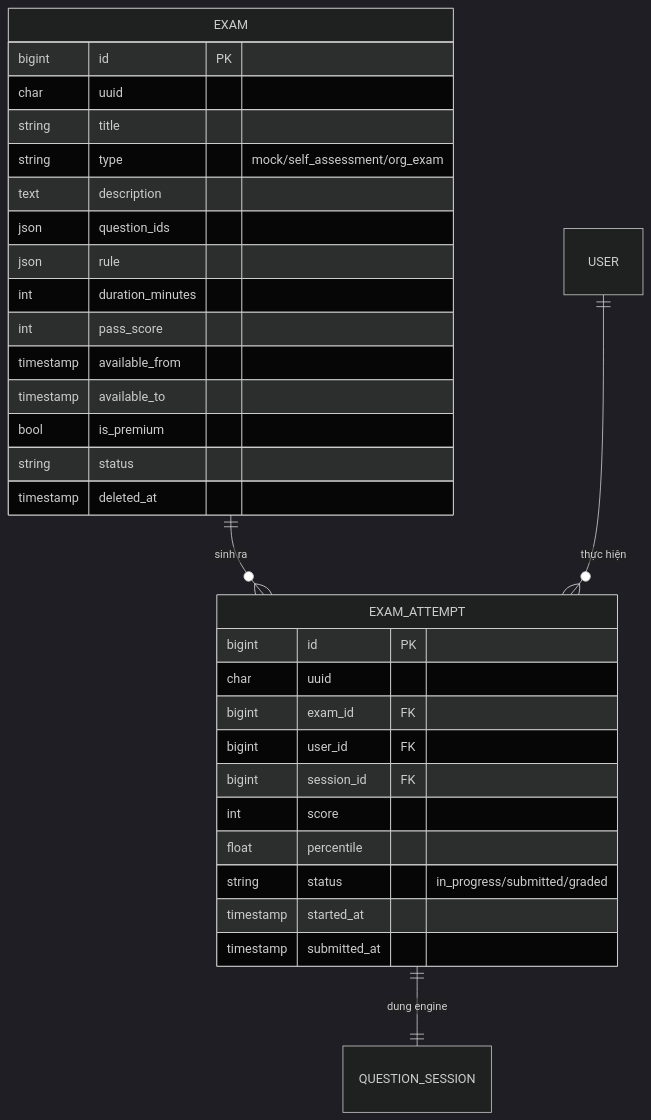
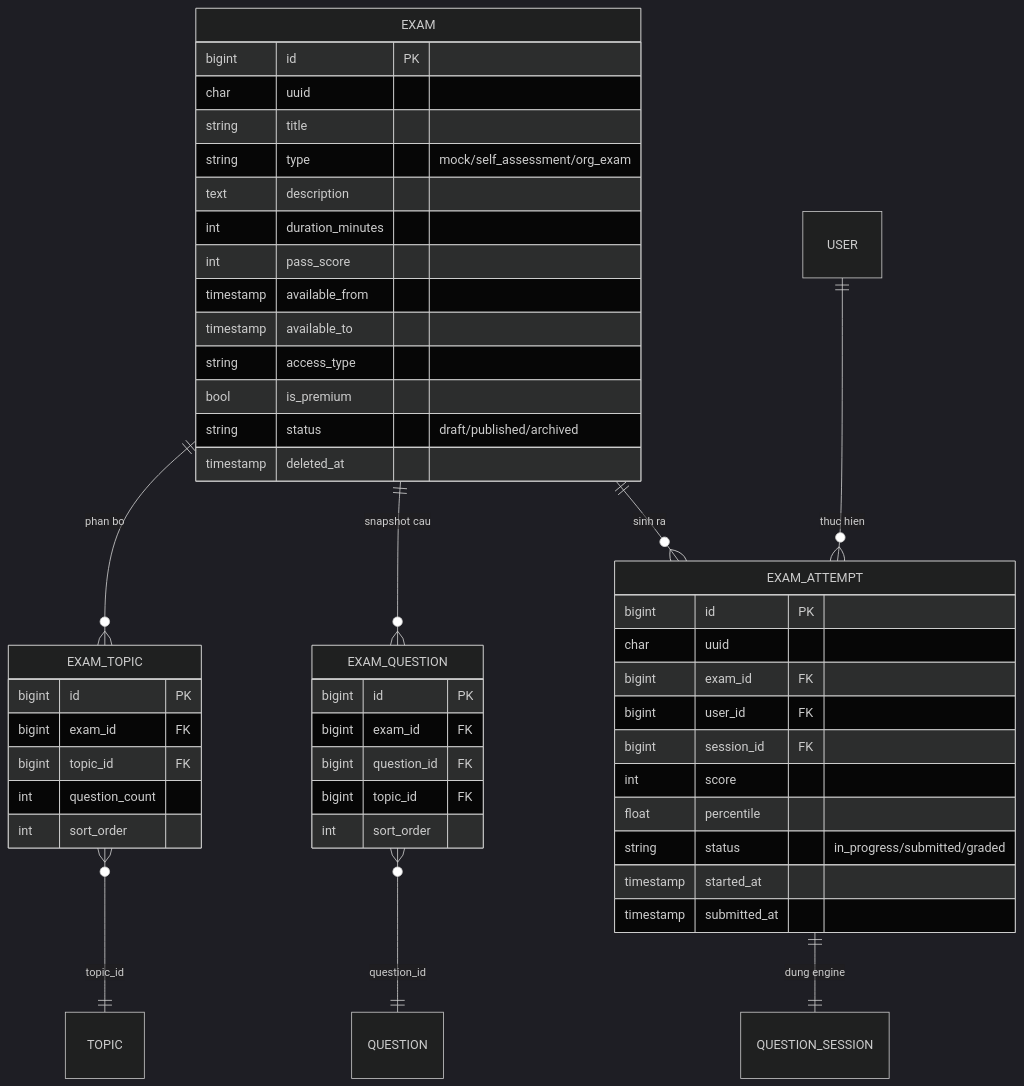
One commit to HongQuanIT/du-an-y-khoa changed the seventh of 9 diagrams in srs/00-nen-tang/10-erd.md. Above: the diagram before and after it, drawn with Mermaid (dark theme). The commit also changed other lines of this file and 156 other files, not shown here.

````diff
--- a/srs/00-nen-tang/10-erd.md
+++ b/srs/00-nen-tang/10-erd.md
@@ -502,35 +503,52 @@
 ```mermaid
 erDiagram
+    EXAM ||--o{ EXAM_TOPIC : "phan bo"
+    EXAM ||--o{ EXAM_QUESTION : "snapshot cau"
+    EXAM_TOPIC }o--|| TOPIC : "topic_id"
+    EXAM_QUESTION }o--|| QUESTION : "question_id"
     EXAM ||--o{ EXAM_ATTEMPT : "sinh ra"
-    USER ||--o{ EXAM_ATTEMPT : "thực hiện"
+    USER ||--o{ EXAM_ATTEMPT : "thuc hien"
     EXAM_ATTEMPT ||--|| QUESTION_SESSION : "dung engine"
 
     EXAM {
         bigint id PK
         char uuid
         string title
         string type "mock/self_assessment/org_exam"
         text description
-        json question_ids
-        json rule
         int duration_minutes
         int pass_score
         timestamp available_from
         timestamp available_to
+        string access_type
         bool is_premium
-        string status
+        string status "draft/published/archived"
         timestamp deleted_at
+    }
+    EXAM_TOPIC {
+        bigint id PK
+        bigint exam_id FK
+        bigint topic_id FK
+        int question_count
+        int sort_order
+    }
+    EXAM_QUESTION {
+        bigint id PK
+        bigint exam_id FK
+        bigint question_id FK
+        bigint topic_id FK
+        int sort_order
     }
     EXAM_ATTEMPT {
         bigint id PK
         char uuid
         bigint exam_id FK
         bigint user_id FK
         bigint session_id FK
         int score
         float percentile
         string status "in_progress/submitted/graded"
         timestamp started_at
         timestamp submitted_at
     }
 ```
````
